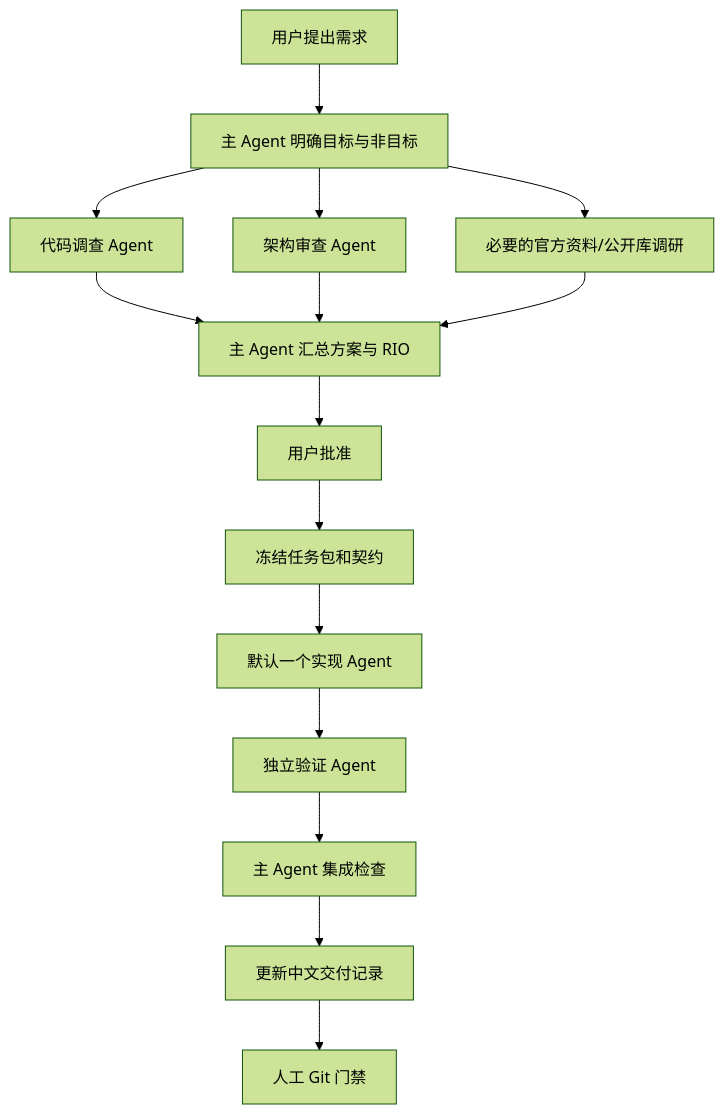
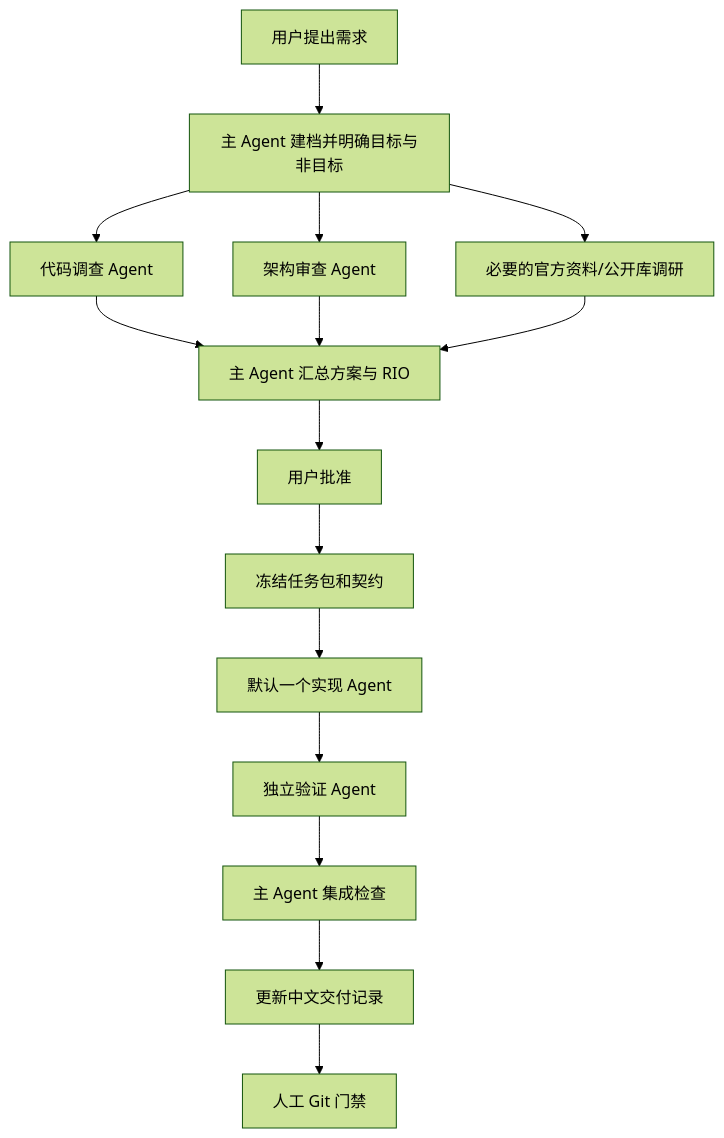
Before and after one commit to sk8pipi/thingsboard-cesium: the diagram in docs/ai/multi-agent-development.md, drawn with Mermaid (forest theme). The commit also changed other lines of this file and 17 other files, not shown here.

```diff
--- a/docs/ai/multi-agent-development.md
+++ b/docs/ai/multi-agent-development.md
@@ -61,31 +65,31 @@
 ~~~mermaid
 flowchart TD
   U["用户提出需求"]
-  M["主 Agent 明确目标与非目标"]
+  M["主 Agent 建档并明确目标与非目标"]
   E["代码调查 Agent"]
   A["架构审查 Agent"]
   R["必要的官方资料/公开库调研"]
   D["主 Agent 汇总方案与 RIO"]
   C["用户批准"]
   P["冻结任务包和契约"]
   W["默认一个实现 Agent"]
   V["独立验证 Agent"]
   I["主 Agent 集成检查"]
   DOC["更新中文交付记录"]
   G["人工 Git 门禁"]
 
   U --> M
   M --> E
   M --> A
   M --> R
   E --> D
   A --> D
   R --> D
   D --> C
   C --> P
   P --> W
   W --> V
   V --> I
   I --> DOC
   DOC --> G
 ~~~
```
